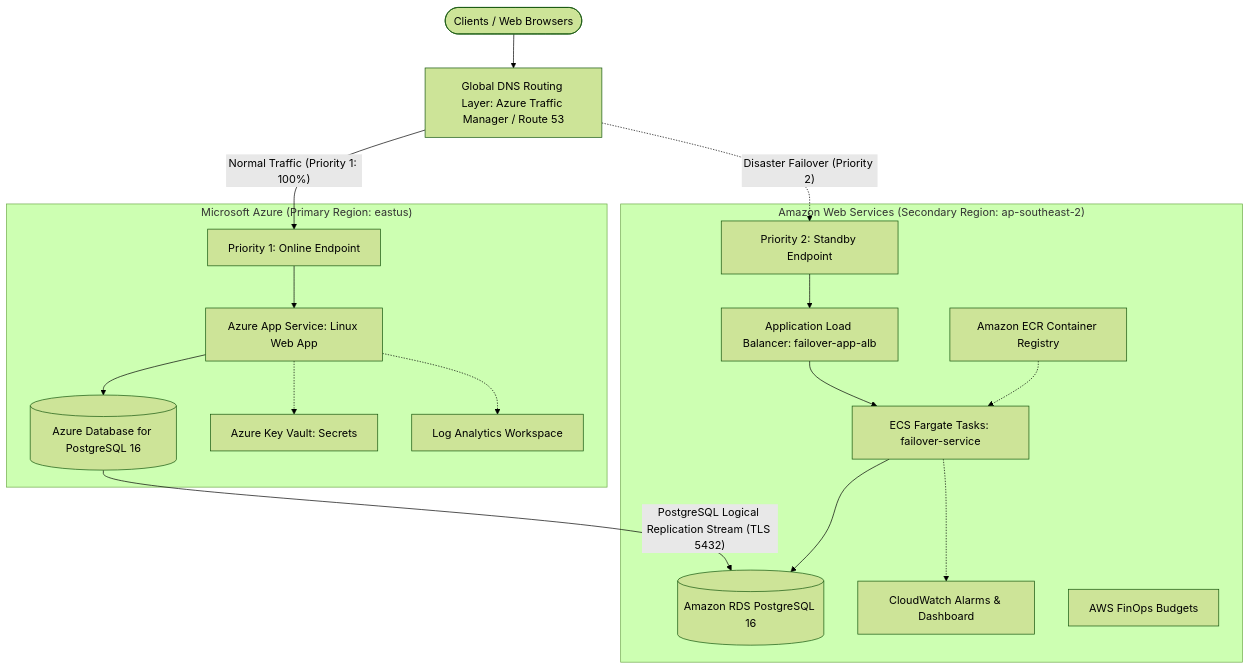
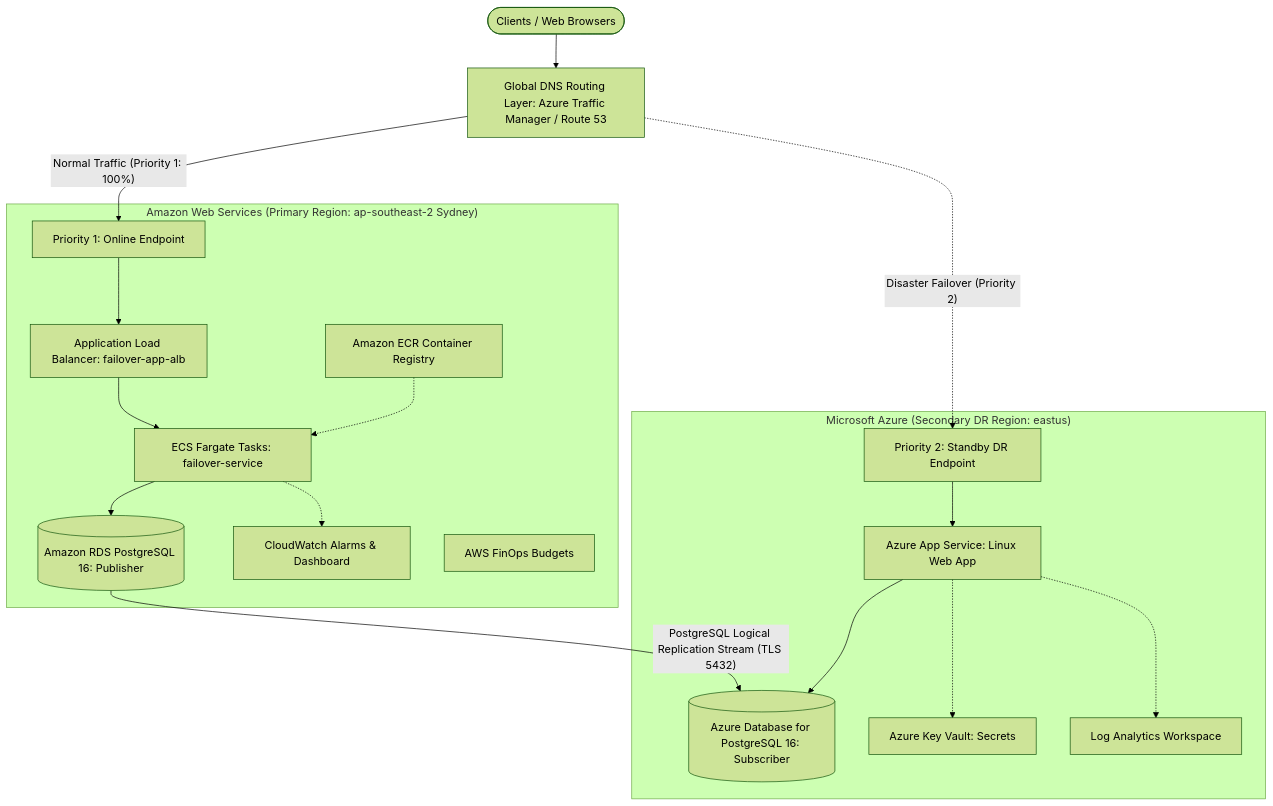
Before and after one commit to dasBulbul03/failover-app: the diagram in README.md, drawn with Mermaid (forest theme). The commit also changed other lines of this file and 15 other files, not shown here.

First line of the commit message:
feat(arch): invert topology to AWS Primary and Azure Secondary (DR)

````diff
--- a/README.md
+++ b/README.md
@@ -74,36 +74,36 @@
 ```mermaid
 flowchart TD
     User([Clients / Web Browsers]) --> TrafficManager[Global DNS Routing Layer: Azure Traffic Manager / Route 53]
 
-    subgraph AzureCloud ["Microsoft Azure (Primary Region: eastus)"]
-        TM_Azure[Priority 1: Online Endpoint]
-        AppService[Azure App Service: Linux Web App]
-        AzurePG[(Azure Database for PostgreSQL 16)]
-        KeyVault[Azure Key Vault: Secrets]
-        LogAnalytics[Log Analytics Workspace]
-        
-        AppService --> AzurePG
-        AppService -.-> KeyVault
-        AppService -.-> LogAnalytics
-    end
-
-    subgraph AWSCloud ["Amazon Web Services (Secondary Region: ap-southeast-2)"]
-        TM_AWS[Priority 2: Standby Endpoint]
+    subgraph AWSCloud ["Amazon Web Services (Primary Region: ap-southeast-2 Sydney)"]
+        TM_AWS[Priority 1: Online Endpoint]
         ALB[Application Load Balancer: failover-app-alb]
         ECSFargate[ECS Fargate Tasks: failover-service]
-        AWSRDS[(Amazon RDS PostgreSQL 16)]
+        AWSRDS[(Amazon RDS PostgreSQL 16: Publisher)]
         ECR[Amazon ECR Container Registry]
         CloudWatch[CloudWatch Alarms & Dashboard]
         Budgets[AWS FinOps Budgets]
         
         ALB --> ECSFargate
         ECSFargate --> AWSRDS
         ECSFargate -.-> CloudWatch
         ECR -.-> ECSFargate
     end
 
-    TrafficManager -- "Normal Traffic (Priority 1: 100%)" --> TM_Azure --> AppService
-    TrafficManager -. "Disaster Failover (Priority 2)" .-> TM_AWS --> ALB
+    subgraph AzureCloud ["Microsoft Azure (Secondary DR Region: eastus)"]
+        TM_Azure[Priority 2: Standby DR Endpoint]
+        AppService[Azure App Service: Linux Web App]
+        AzurePG[(Azure Database for PostgreSQL 16: Subscriber)]
+        KeyVault[Azure Key Vault: Secrets]
+        LogAnalytics[Log Analytics Workspace]
+        
+        AppService --> AzurePG
+        AppService -.-> KeyVault
+        AppService -.-> LogAnalytics
+    end
 
-    AzurePG -- "PostgreSQL Logical Replication Stream (TLS 5432)" --> AWSRDS
+    TrafficManager -- "Normal Traffic (Priority 1: 100%)" --> TM_AWS --> ALB
+    TrafficManager -. "Disaster Failover (Priority 2)" .-> TM_Azure --> AppService
+
+    AWSRDS -- "PostgreSQL Logical Replication Stream (TLS 5432)" --> AzurePG
 ```
````
